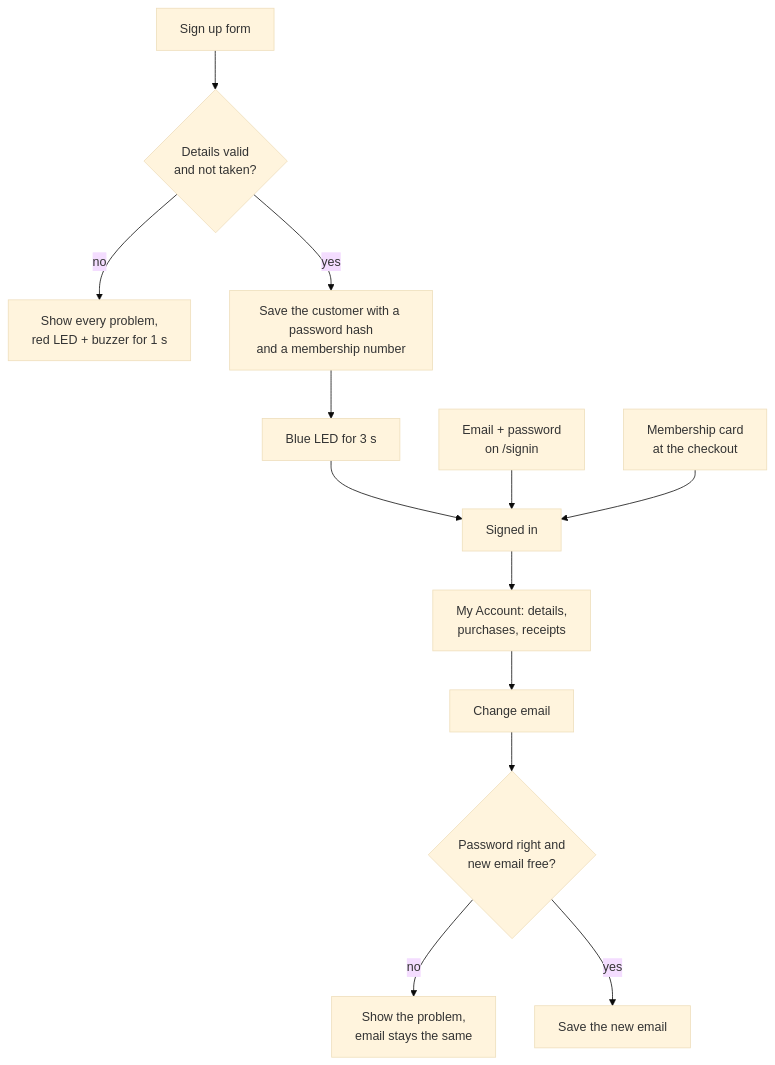
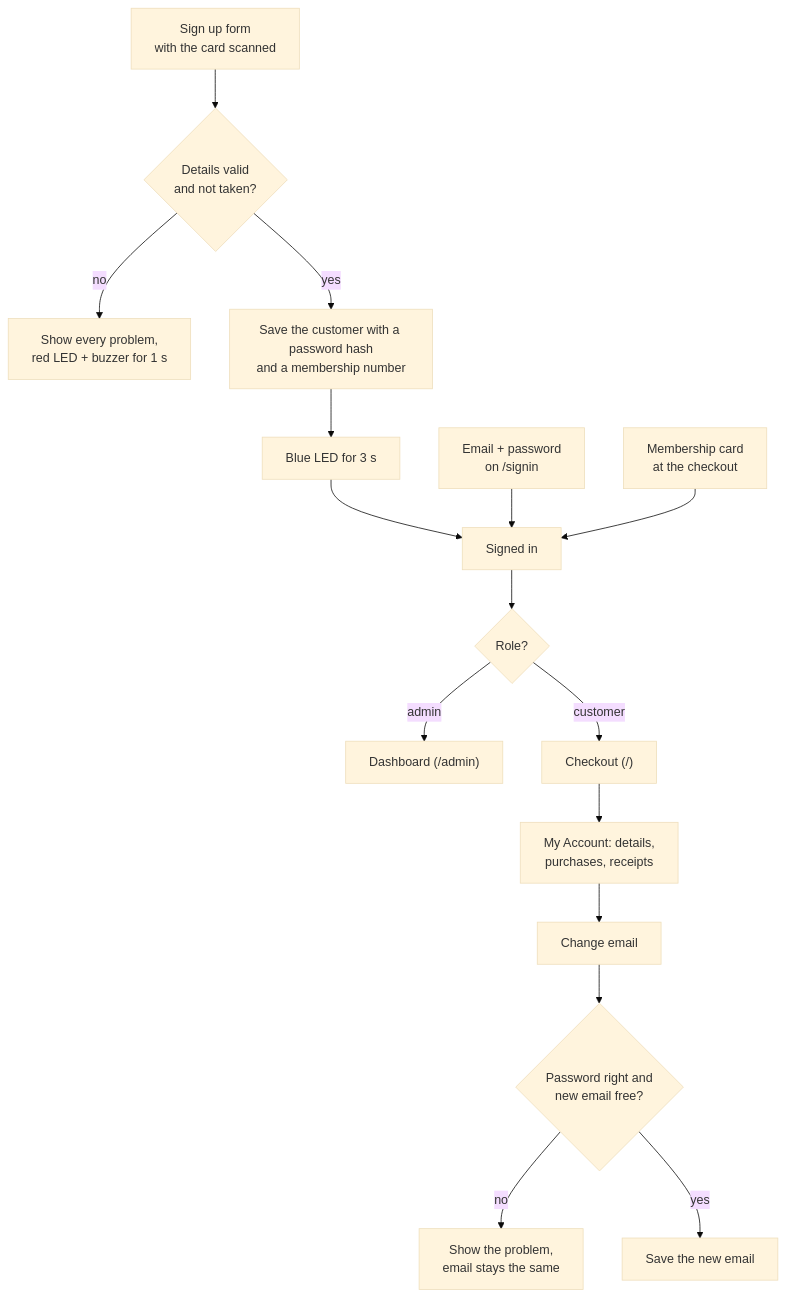
Before and after one commit to gvogas/IoT: the fourth of 8 diagrams in docs/architecture.md, drawn with Mermaid (base theme). The commit also changed other lines of this file and 3 other files, not shown here.

````diff
--- a/docs/architecture.md
+++ b/docs/architecture.md
@@ -187,17 +194,20 @@
 ```mermaid
 flowchart TD
-    Signup["Sign up form"] --> Valid{"Details valid<br/>and not taken?"}
+    Signup["Sign up form<br/>with the card scanned"] --> Valid{"Details valid<br/>and not taken?"}
     Valid -->|no| Error["Show every problem,<br/>red LED + buzzer for 1 s"]
     Valid -->|yes| Save["Save the customer with a password hash<br/>and a membership number"]
     Save --> Success["Blue LED for 3 s"]
     Success --> SignedIn["Signed in"]
 
     Password["Email + password<br/>on /signin"] --> SignedIn
     Card["Membership card<br/>at the checkout"] --> SignedIn
 
-    SignedIn --> Account["My Account: details,<br/>purchases, receipts"]
+    SignedIn --> Role{"Role?"}
+    Role -->|admin| Dashboard["Dashboard (/admin)"]
+    Role -->|customer| Checkout["Checkout (/)"]
+    Checkout --> Account["My Account: details,<br/>purchases, receipts"]
     Account --> Change["Change email"]
     Change --> Check{"Password right and<br/>new email free?"}
     Check -->|no| Keep["Show the problem,<br/>email stays the same"]
     Check -->|yes| Saved["Save the new email"]
 ```
````
